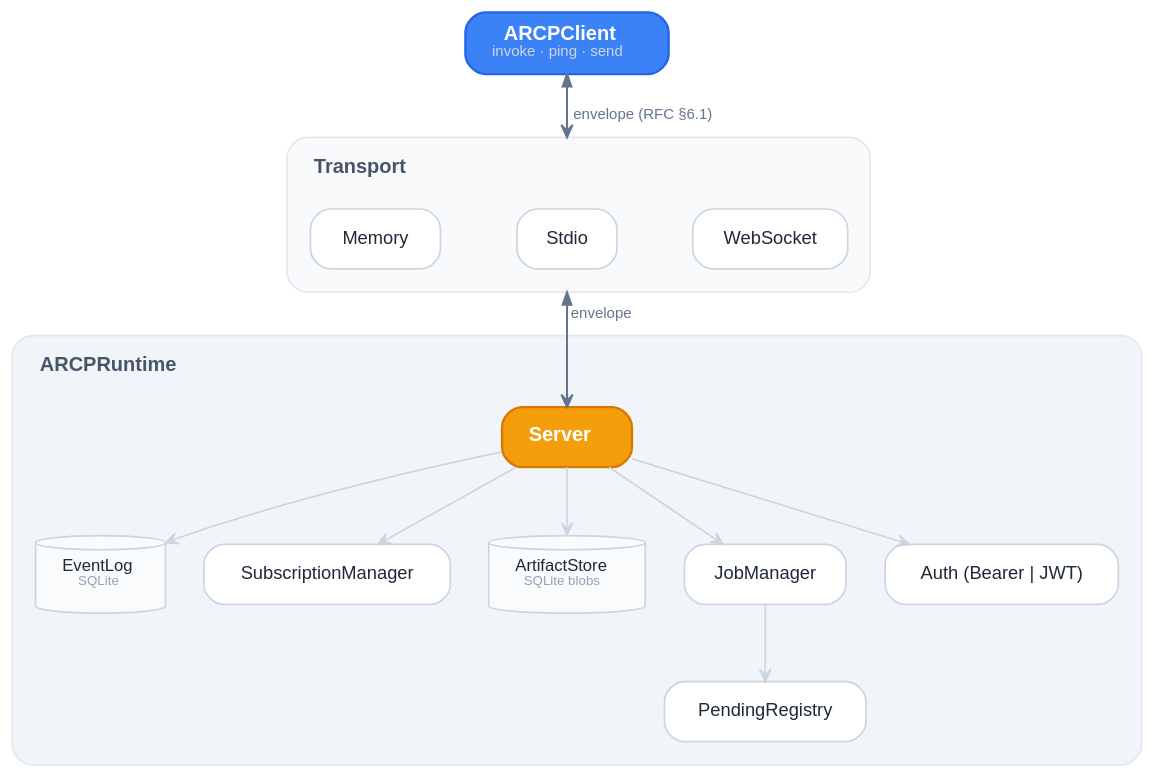
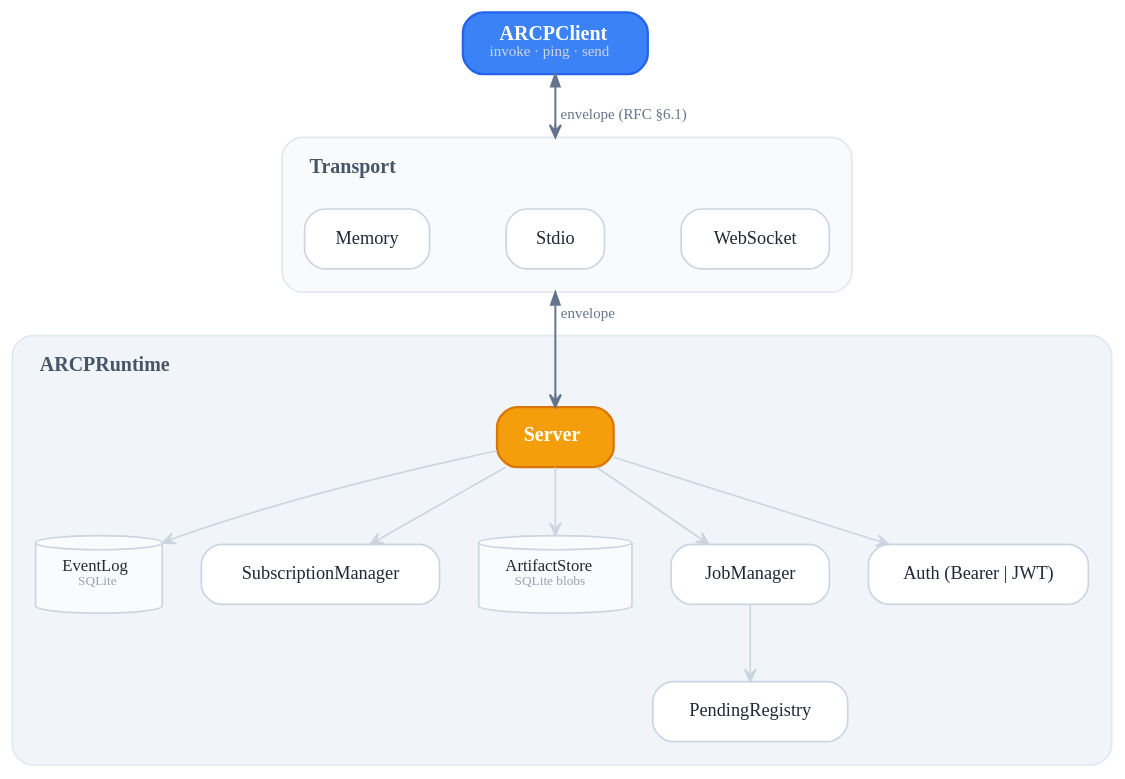
The diagram in docs/diagrams/architecture-light.dot (agentruntimecontrolprotocol/swift-sdk), drawn with Graphviz before and after one commit. The commit also changed 7 other files, not shown here.

First line of the commit message:
Harmonize Graphviz diagrams with the ARCP design system

```diff
--- a/docs/diagrams/architecture-light.dot
+++ b/docs/diagrams/architecture-light.dot
@@ -1,72 +1,72 @@
 // ARCP Swift SDK architecture (light)
 // ARCPClient ↔ Transport ↔ ARCPRuntime; runtime hosts EventLog, SubscriptionManager,
 // ArtifactStore and per-session JobManager/StreamManager/LeaseManager/PendingRegistry.
 digraph SwiftSdkArchitecture {
-  rankdir=TB; bgcolor="transparent"; compound=true; fontname="Helvetica";
+  rankdir=TB; bgcolor="transparent"; compound=true; fontname="TT Commons Pro Trial";
   splines=spline; nodesep=0.32; ranksep=0.55; pad="0.35,0.25";
 
   node [shape=box, style="rounded,filled", fillcolor="white", color="#CBD5E1",
-        fontname="Helvetica", fontsize=11, fontcolor="#1F2937",
+        fontname="TT Commons Pro Trial", fontsize=11, fontcolor="#1F2937",
         margin="0.22,0.11", penwidth=1.0];
-  edge [fontname="Helvetica", fontsize=9, fontcolor="#64748B", color="#94A3B8",
+  edge [fontname="TT Commons Pro Trial", fontsize=9, fontcolor="#64748B", color="#94A3B8",
         penwidth=1.1, arrowsize=0.75, arrowhead=vee];
 
   Client [
     label=<<FONT POINT-SIZE="12"><B>ARCPClient</B></FONT><BR/><FONT POINT-SIZE="9" COLOR="#CBD5E1">invoke · ping · send</FONT>>,
     fillcolor="#3B82F6", color="#2563EB", fontcolor="white", penwidth=1.4
   ];
 
   subgraph cluster_runtime {
     label=<<TABLE BORDER="0" CELLBORDER="0" CELLPADDING="0" CELLSPACING="0"><TR><TD COLSPAN="3" HEIGHT="8"></TD></TR><TR><TD WIDTH="8"></TD><TD><FONT POINT-SIZE="12"><B>ARCPRuntime</B></FONT></TD><TD WIDTH="8"></TD></TR></TABLE>>;
     style="rounded,filled";
     fillcolor="#F1F5F9"; color="#E2E8F0";
-    fontname="Helvetica"; fontcolor="#475569";
+    fontname="TT Commons Pro Trial"; fontcolor="#475569";
     margin=14; labeljust=l; penwidth=1.0;
 
     Runtime [
       label=<<FONT POINT-SIZE="12"><B>Server</B></FONT>>,
       fillcolor="#F59E0B", color="#D97706", fontcolor="white", penwidth=1.4
     ];
 
     EventLog [
       label=<<FONT POINT-SIZE="10">EventLog</FONT><BR/><FONT POINT-SIZE="8" COLOR="#94A3B8">SQLite</FONT>>,
       shape=cylinder, fillcolor="#FAFBFC"
     ];
     SubMgr   [label="SubscriptionManager"];
     Artifacts [
       label=<<FONT POINT-SIZE="10">ArtifactStore</FONT><BR/><FONT POINT-SIZE="8" COLOR="#94A3B8">SQLite blobs</FONT>>,
       shape=cylinder, fillcolor="#FAFBFC"
     ];
 
     JobMgr   [label="JobManager"];
     Pending  [label="PendingRegistry"];
     Auth     [label="Auth (Bearer | JWT)"];
   }
 
   subgraph cluster_transport {
     label=<<TABLE BORDER="0" CELLBORDER="0" CELLPADDING="0" CELLSPACING="0"><TR><TD COLSPAN="3" HEIGHT="8"></TD></TR><TR><TD WIDTH="8"></TD><TD><FONT POINT-SIZE="12"><B>Transport</B></FONT></TD><TD WIDTH="8"></TD></TR></TABLE>>;
     style="rounded,filled";
     fillcolor="#F8FAFC"; color="#E2E8F0";
-    fontname="Helvetica"; fontcolor="#475569";
+    fontname="TT Commons Pro Trial"; fontcolor="#475569";
     margin=14; labeljust=l; penwidth=1.0;
 
     Memory [label="Memory"];
     Stdio  [label="Stdio"];
     Ws     [label="WebSocket"];
 
     Memory -> Stdio -> Ws [style=invis];
     { rank=same; Memory; Stdio; Ws; }
   }
 
   edge [color="#64748B", penwidth=1.2];
   Client  -> Stdio [dir=both, label="envelope (RFC §6.1)", lhead=cluster_transport];
   Stdio   -> Runtime [dir=both, label="envelope", ltail=cluster_transport];
 
   edge [color="#CBD5E1", penwidth=1.0];
   Runtime -> JobMgr;
   Runtime -> EventLog;
   Runtime -> SubMgr;
   Runtime -> Artifacts;
   Runtime -> Auth;
   JobMgr  -> Pending;
 }
```
